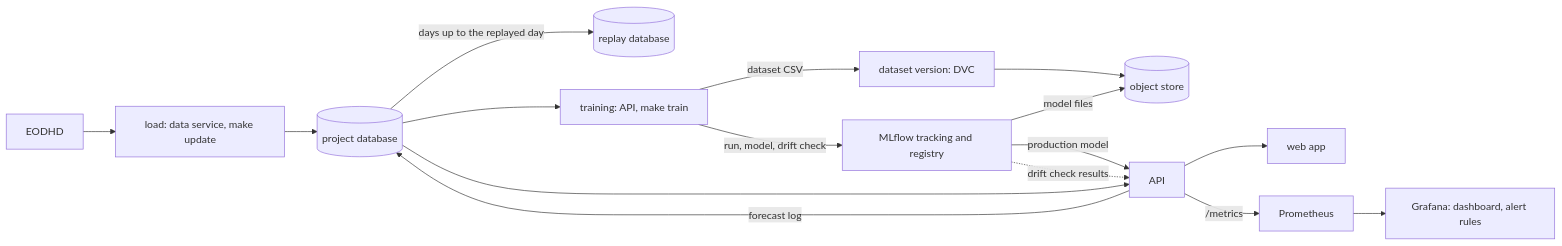
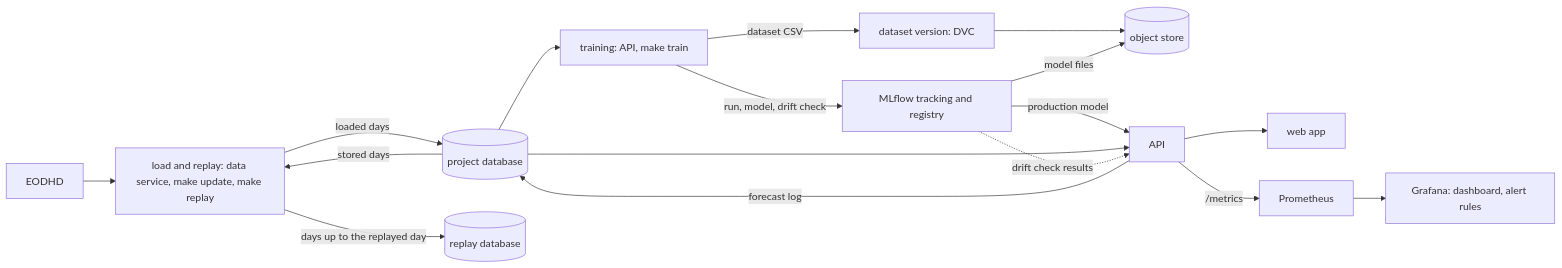
The first of 2 diagrams in ARCHITECTURE.md (DataScientest-Studio/sep26_bmlops_int_financial_pred), drawn with Mermaid before and after one commit.

Commit message:
docs(architecture): show the replay in the data-flow diagram
The diagram named only the load; it now shows load and replay as one
step, with the service and the commands that run it.

````diff
--- a/ARCHITECTURE.md
+++ b/ARCHITECTURE.md
@@ -403,18 +403,19 @@
 ```mermaid
 flowchart LR
-    eodhd["EODHD"] --> load["load: data service, make update"]
-    load --> db[("project database")]
-    db -->|"days up to the replayed day"| replay[("replay database")]
+    eodhd["EODHD"] --> data["load and replay: data service, make update, make replay"]
+    data -->|"loaded days"| db[("project database")]
+    db -->|"stored days"| data
+    data -->|"days up to the replayed day"| replay[("replay database")]
     db --> training["training: API, make train"]
     training -->|"dataset CSV"| dvc["dataset version: DVC"]
     dvc --> store[("object store")]
     training -->|"run, model, drift check"| mlflow["MLflow tracking and registry"]
     mlflow -->|"model files"| store
     mlflow -->|"production model"| api["API"]
     db --> api
     api -->|"forecast log"| db
     api --> webapp["web app"]
     mlflow -.->|"drift check results"| api
     api -->|"/metrics"| prometheus["Prometheus"]
     prometheus --> grafana["Grafana: dashboard, alert rules"]
 ```
````
